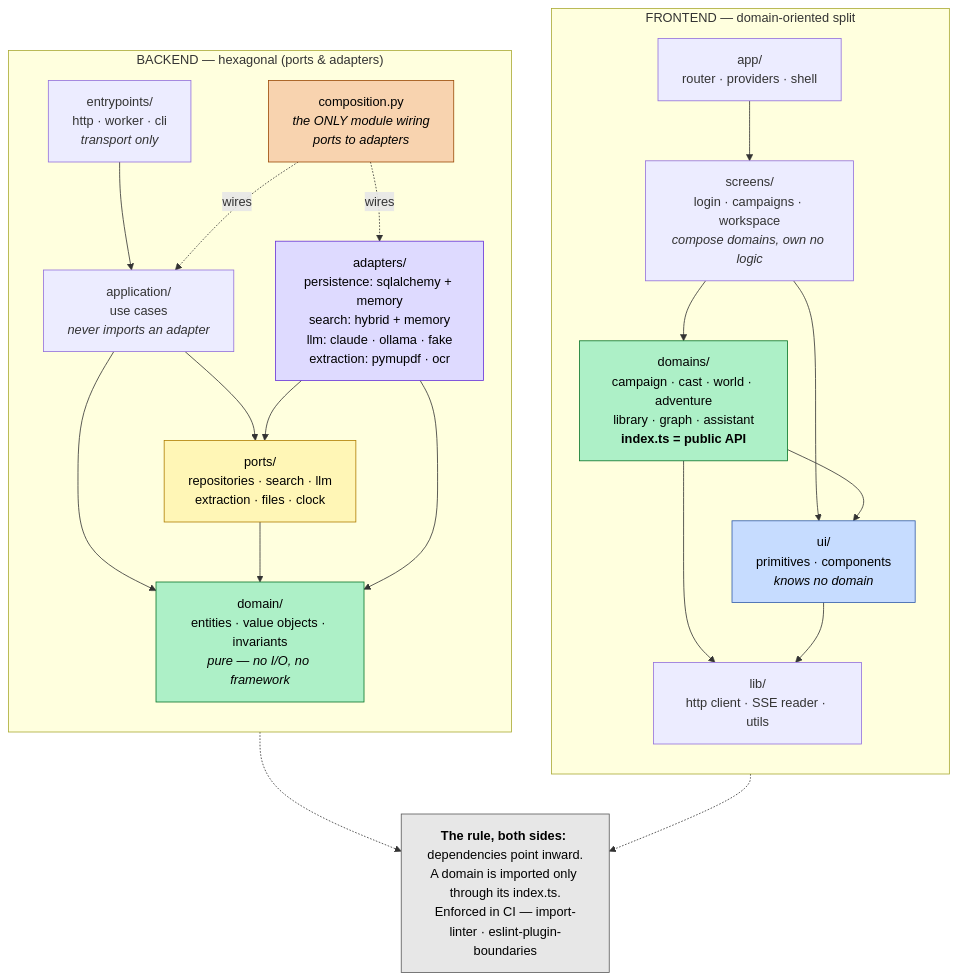
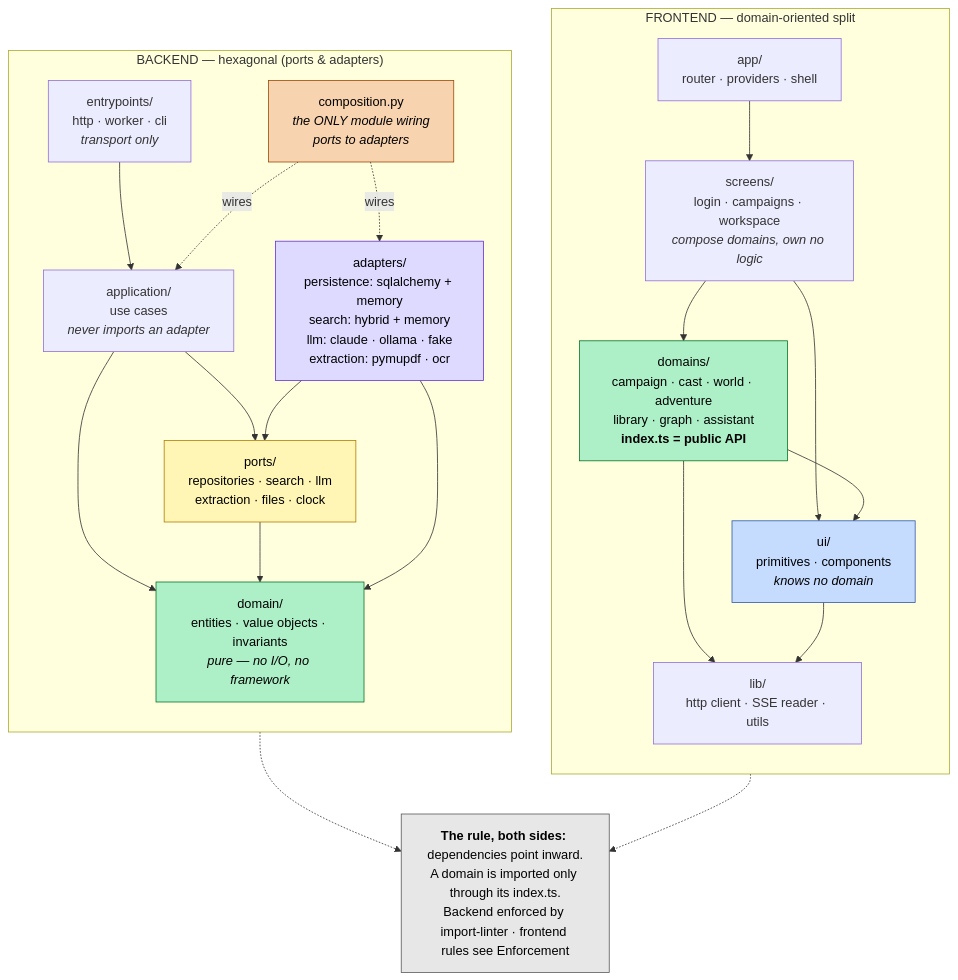
Before and after one commit to PiotrMieszczak/dm_assistant: the diagram in docs/folder-structure.md, drawn with Mermaid. The commit also changed other lines of this file and 4 other files, not shown here.

````diff
--- a/docs/folder-structure.md
+++ b/docs/folder-structure.md
@@ -18,50 +18,50 @@
 ```mermaid
 flowchart TB
     subgraph BE["BACKEND — hexagonal (ports & adapters)"]
         direction TB
         EP["entrypoints/<br/>http · worker · cli<br/><i>transport only</i>"]
         APP["application/<br/>use cases<br/><i>never imports an adapter</i>"]
         PORTS["ports/<br/>repositories · search · llm<br/>extraction · files · clock"]
         DOM["domain/<br/>entities · value objects · invariants<br/><i>pure — no I/O, no framework</i>"]
         ADP["adapters/<br/>persistence: sqlalchemy + memory<br/>search: hybrid + memory<br/>llm: claude · ollama · fake<br/>extraction: pymupdf · ocr"]
         COMP["composition.py<br/><i>the ONLY module wiring<br/>ports to adapters</i>"]
 
         EP --> APP
         APP --> PORTS
         ADP --> PORTS
         APP --> DOM
         PORTS --> DOM
         ADP --> DOM
         COMP -.->|wires| ADP
         COMP -.->|wires| APP
     end
 
     subgraph FE["FRONTEND — domain-oriented split"]
         direction TB
         FAPP["app/<br/>router · providers · shell"]
         SCR["screens/<br/>login · campaigns · workspace<br/><i>compose domains, own no logic</i>"]
         DOMS["domains/<br/>campaign · cast · world · adventure<br/>library · graph · assistant<br/><b>index.ts = public API</b>"]
         UI["ui/<br/>primitives · components<br/><i>knows no domain</i>"]
         LIB["lib/<br/>http client · SSE reader · utils"]
 
         FAPP --> SCR
         SCR --> DOMS
         SCR --> UI
         DOMS --> UI
         DOMS --> LIB
         UI --> LIB
     end
 
-    RULE["<b>The rule, both sides:</b> dependencies point inward.<br/>A domain is imported only through its index.ts.<br/>Enforced in CI — import-linter · eslint-plugin-boundaries"]
+    RULE["<b>The rule, both sides:</b> dependencies point inward.<br/>A domain is imported only through its index.ts.<br/>Backend enforced by import-linter · frontend rules see Enforcement"]
 
     BE -.-> RULE
     FE -.-> RULE
 
     style DOM fill:#adf0c7,stroke:#087429,color:#000
     style PORTS fill:#fff6b6,stroke:#af7e02,color:#000
     style ADP fill:#dedaff,stroke:#6631d7,color:#000
     style COMP fill:#f8d3af,stroke:#9b4a07,color:#000
     style DOMS fill:#adf0c7,stroke:#087429,color:#000
     style UI fill:#c6dcff,stroke:#305bab,color:#000
     style RULE fill:#e7e7e7,stroke:#595959,color:#000
 ```
````
